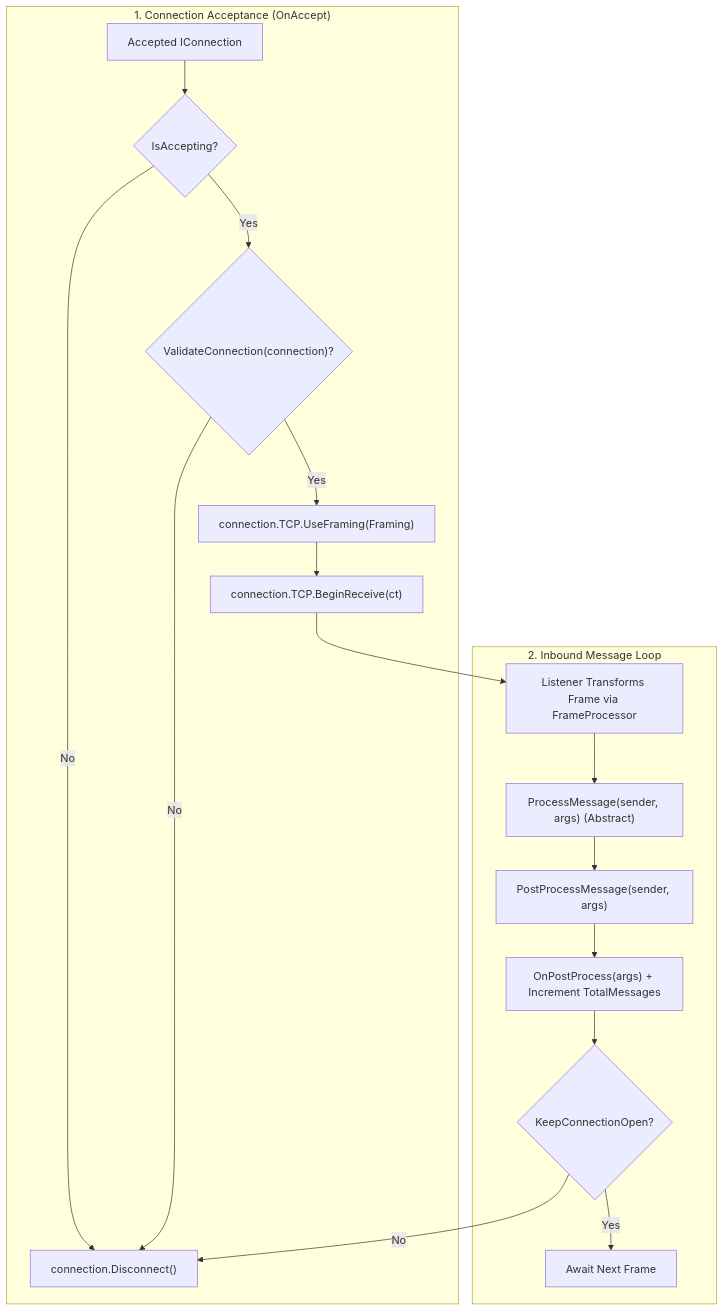
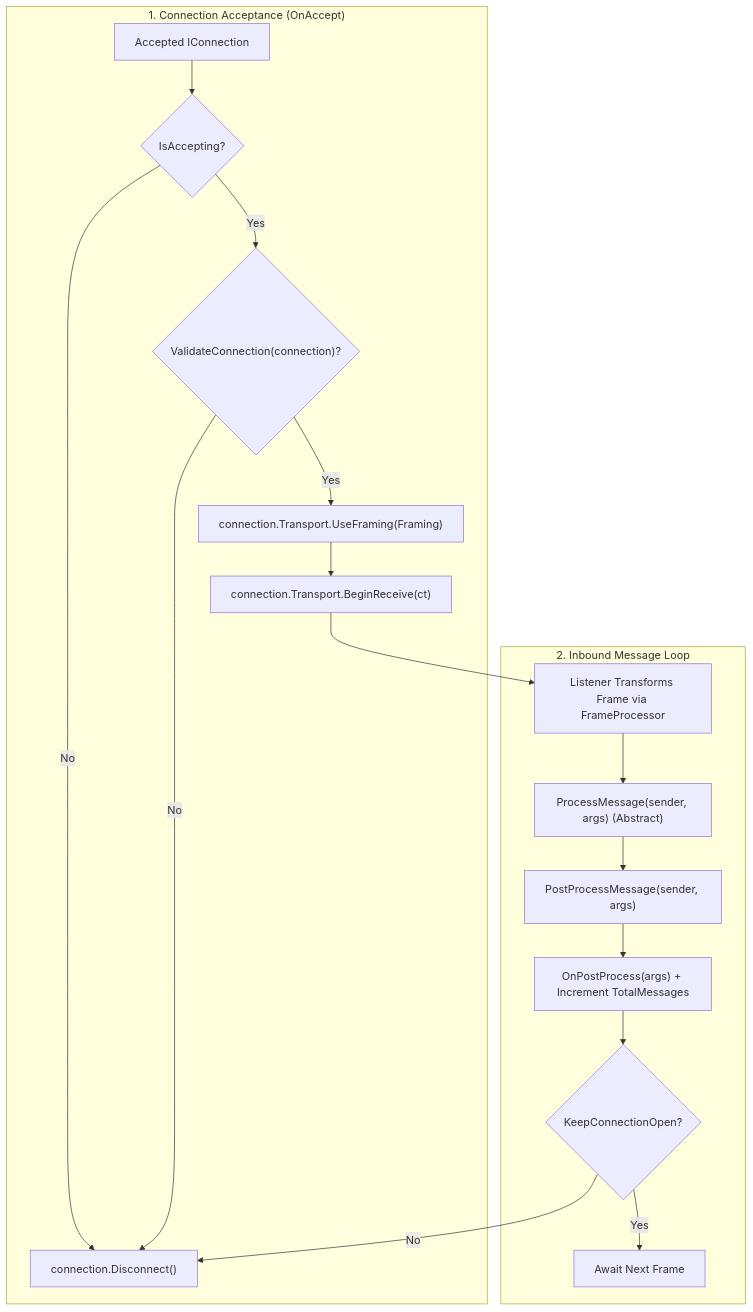
One commit to ppn-systems/nalix-docs changed the diagram in src/content/docs/en-us/api/network/protocol.md. Above: the diagram before and after it, drawn with Mermaid. The commit also changed other lines of this file and 257 other files, not shown here.

````diff
--- a/src/content/docs/en-us/api/network/protocol.md
+++ b/src/content/docs/en-us/api/network/protocol.md
@@ -23,21 +23,21 @@
 ```mermaid
 flowchart TD
     subgraph AcceptPhase["1. Connection Acceptance (OnAccept)"]
         NewConn["Accepted IConnection"] --> CheckAcc{"IsAccepting?"}
         CheckAcc -->|No| Disc["connection.Disconnect()"]
         CheckAcc -->|Yes| Val{"ValidateConnection(connection)?"}
         Val -->|No| Disc
-        Val -->|Yes| Frame["connection.TCP.UseFraming(Framing)"]
-        Frame --> Begin["connection.TCP.BeginReceive(ct)"]
+        Val -->|Yes| Frame["connection.Transport.UseFraming(Framing)"]
+        Frame --> Begin["connection.Transport.BeginReceive(ct)"]
     end
 
     subgraph MessagePhase["2. Inbound Message Loop"]
         Begin --> Inbound["Listener Transforms Frame via FrameProcessor"]
         Inbound --> Proc["ProcessMessage(sender, args) (Abstract)"]
         Proc --> Post["PostProcessMessage(sender, args)"]
         Post --> Hook["OnPostProcess(args) + Increment TotalMessages"]
         Hook --> Keep{"KeepConnectionOpen?"}
         Keep -->|No| Disc
         Keep -->|Yes| Next["Await Next Frame"]
     end
 ```
````
